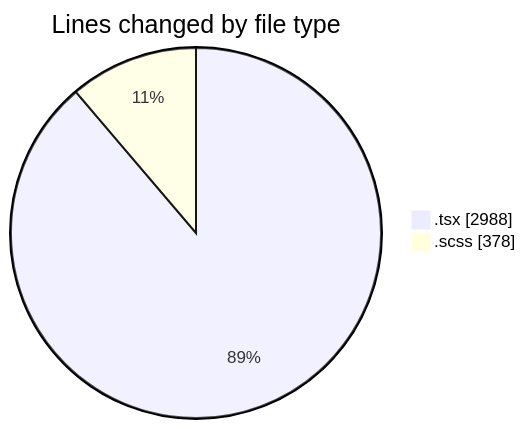
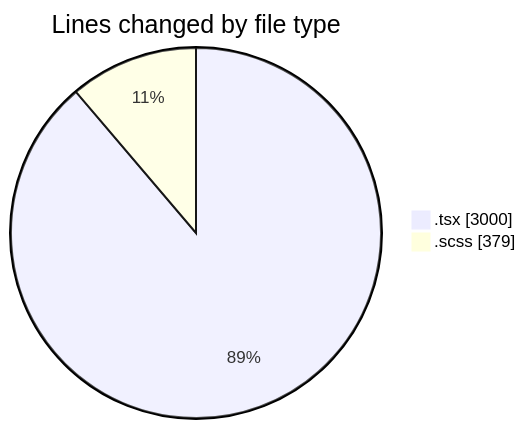
Before and after one commit to momahboobian/code-tracking: the first of 2 diagrams in 2025-09-30/cda/README.md, drawn with Mermaid. The commit also changed other lines of this file and 1 other file, not shown here.

````diff
--- a/2025-09-30/cda/README.md
+++ b/2025-09-30/cda/README.md
@@ -23,6 +23,6 @@
 ```mermaid
 pie showData
 title Lines changed by file type
-".tsx" : 2988
-".scss" : 378
+".tsx" : 3000
+".scss" : 379
 ```
````
